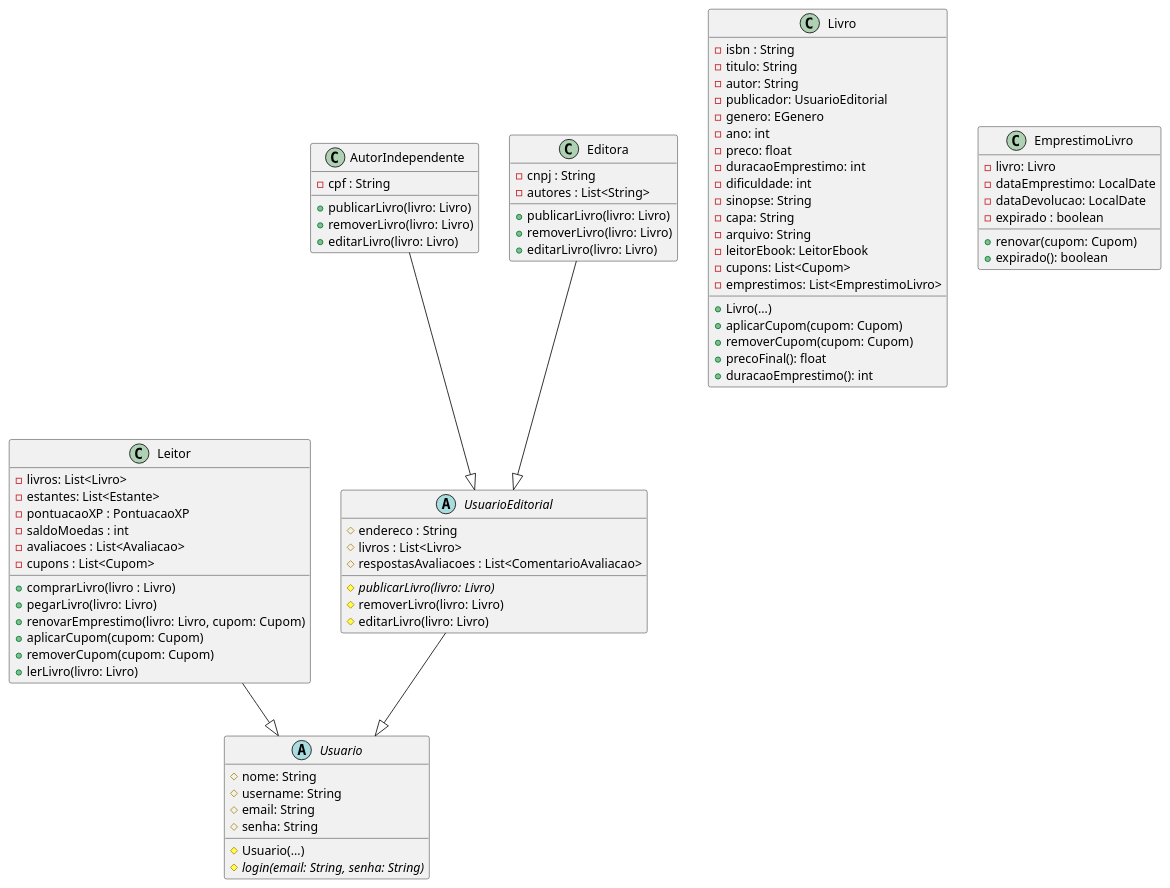
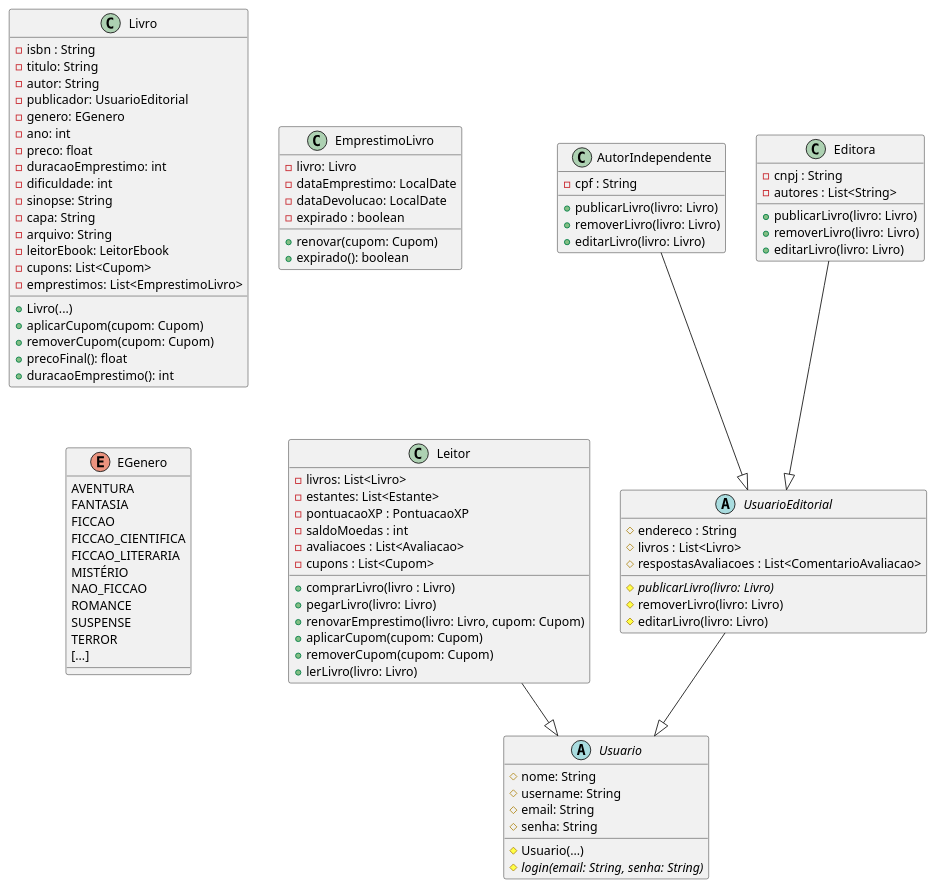
The diagram in docs/codigo-plantuml/diagrama-classe.puml (jalv21/iLib), drawn with PlantUML before and after one commit.

Commit message:
docs/criando enum EGenero para livros

```diff
--- a/docs/codigo-plantuml/diagrama-classe.puml
+++ b/docs/codigo-plantuml/diagrama-classe.puml
@@ -1,91 +1,105 @@
 @startuml diagrama-de-classes
 
 ' Usuários e suas funções e permissões no sistema
 
 abstract class Usuario {
     # nome: String
     # username: String
     # email: String
     # senha: String
     # Usuario(...)
     # login(email: String, senha: String) {abstract}
 }
 
 class Leitor {
     - livros: List<Livro>
     - estantes: List<Estante>
     - pontuacaoXP : PontuacaoXP
     - saldoMoedas : int
     - avaliacoes : List<Avaliacao>
     - cupons : List<Cupom>
     + comprarLivro(livro : Livro)
     + pegarLivro(livro: Livro)
     + renovarEmprestimo(livro: Livro, cupom: Cupom)
     + aplicarCupom(cupom: Cupom)
     + removerCupom(cupom: Cupom)
     + lerLivro(livro: Livro)
 }
 Leitor --|> Usuario
 
 abstract class UsuarioEditorial {
     # endereco : String
     # livros : List<Livro>
     # respostasAvaliacoes : List<ComentarioAvaliacao>
     # publicarLivro(livro: Livro) {abstract}
     # removerLivro(livro: Livro)
     # editarLivro(livro: Livro)
 }
 UsuarioEditorial --|> Usuario
 
 class AutorIndependente {
     - cpf : String
     + publicarLivro(livro: Livro)
     + removerLivro(livro: Livro)
     + editarLivro(livro: Livro)
 }
 AutorIndependente --|> UsuarioEditorial
 
 class Editora {
     - cnpj : String
     - autores : List<String>
     + publicarLivro(livro: Livro)
     + removerLivro(livro: Livro)
     + editarLivro(livro: Livro)
 }
 Editora --|> UsuarioEditorial
 
 ' Livros, compras e empréstimos
 
 class Livro {
     - isbn : String
     - titulo: String
     - autor: String
     - publicador: UsuarioEditorial
     - genero: EGenero
     - ano: int
     - preco: float
     - duracaoEmprestimo: int
     - dificuldade: int
     - sinopse: String
     - capa: String
     - arquivo: String
     - leitorEbook: LeitorEbook
     - cupons: List<Cupom>
     - emprestimos: List<EmprestimoLivro>
     + Livro(...)
     + aplicarCupom(cupom: Cupom)
     + removerCupom(cupom: Cupom)
     + precoFinal(): float
     + duracaoEmprestimo(): int
 }
 
 class EmprestimoLivro {
     - livro: Livro
     - dataEmprestimo: LocalDate
     - dataDevolucao: LocalDate
     - expirado : boolean
     + renovar(cupom: Cupom)
     + expirado(): boolean
 }
 
+enum EGenero {
+    AVENTURA
+    FANTASIA
+    FICCAO
+    FICCAO_CIENTIFICA
+    FICCAO_LITERARIA
+    MISTÉRIO
+    NAO_FICCAO
+    ROMANCE
+    SUSPENSE
+    TERROR
+    [...]
+}
+
 @enduml
```
